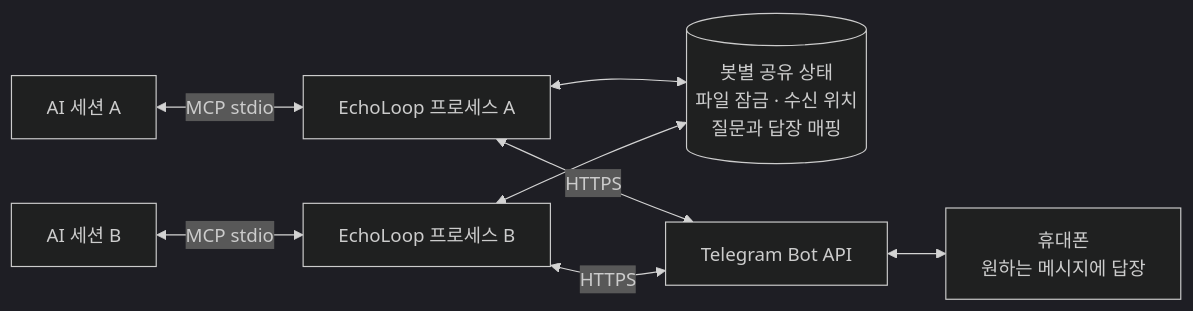
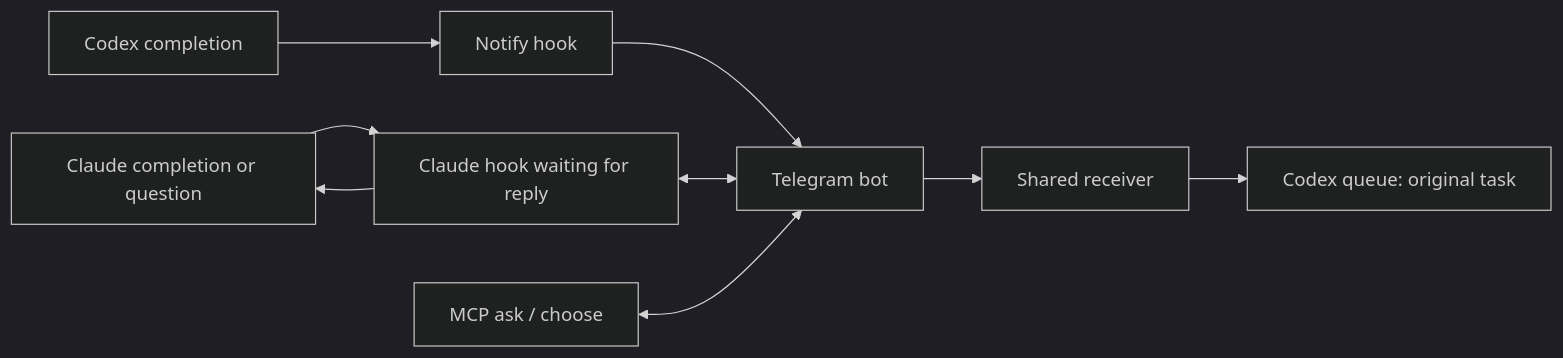
The diagram in README.md (aidevksh/EchoLoopMCP), drawn with Mermaid (dark theme) before and after one commit. The commit also changed other lines of this file and 24 other files, not shown here.

````diff
--- a/README.md
+++ b/README.md
@@ -92,10 +104,11 @@
 ```mermaid
 flowchart LR
-    A[AI 세션 A] <-->|MCP stdio| MA[EchoLoop 프로세스 A]
-    B[AI 세션 B] <-->|MCP stdio| MB[EchoLoop 프로세스 B]
-    MA <--> S[(봇별 공유 상태\n파일 잠금 · 수신 위치\n질문과 답장 매핑)]
-    MB <--> S
-    MA <-->|HTTPS| T[Telegram Bot API]
-    MB <-->|HTTPS| T
-    T <--> U[휴대폰\n원하는 메시지에 답장]
+    A[Codex completion] --> B[Notify hook]
+    B --> T[Telegram bot]
+    T --> R[Shared receiver]
+    R --> Q[Codex queue: original task]
+    C[Claude completion or question] --> H[Claude hook waiting for reply]
+    H <--> T
+    H --> C
+    M[MCP ask / choose] <--> T
 ```
````
